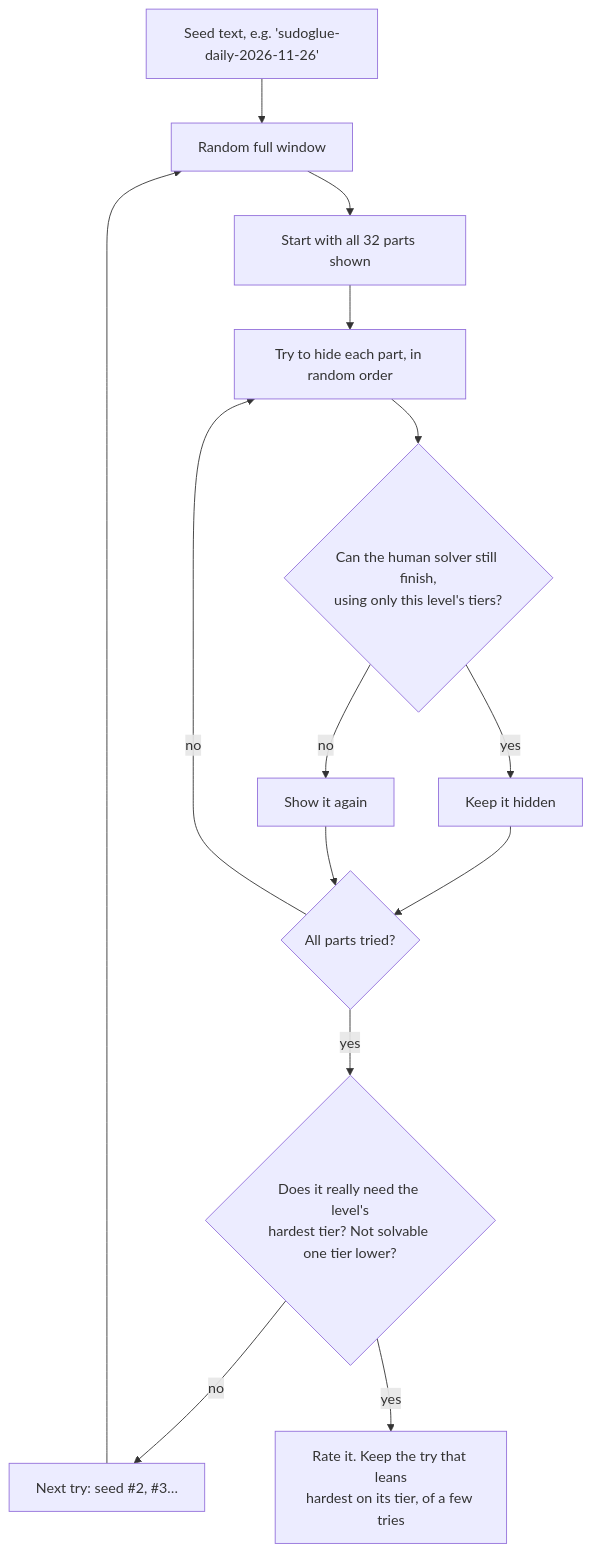
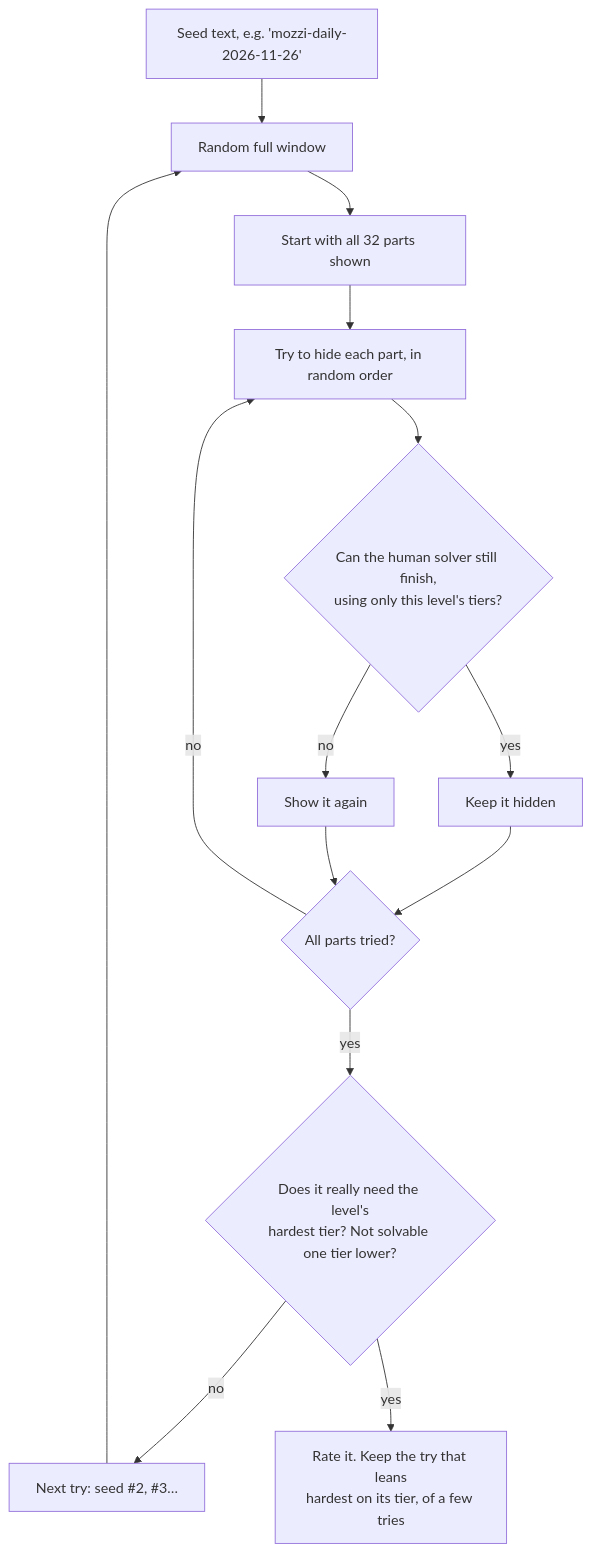
One commit to jermbo/Cosmic-Arcade changed the fourth of 5 diagrams in games/mozzi/README.md. Above: the diagram before and after it, drawn with Mermaid. The commit also changed other lines of this file and 6 other files, not shown here.

````diff
--- a/games/mozzi/README.md
+++ b/games/mozzi/README.md
@@ -124,14 +124,14 @@
 ```mermaid
 flowchart TD
-  A[Seed text, e.g. 'sudoglue-daily-2026-11-26'] --> B[Random full window]
+  A[Seed text, e.g. 'mozzi-daily-2026-11-26'] --> B[Random full window]
   B --> C[Start with all 32 parts shown]
   C --> D[Try to hide each part, in random order]
   D --> E{Can the human solver still finish,<br/>using only this level's tiers?}
   E -- yes --> F[Keep it hidden]
   E -- no --> G[Show it again]
   F & G --> H{All parts tried?}
   H -- no --> D
   H -- yes --> I{Does it really need the level's<br/>hardest tier? Not solvable one tier lower?}
   I -- no --> J[Next try: seed #2, #3…] --> B
   I -- yes --> K[Rate it. Keep the try that leans<br/>hardest on its tier, of a few tries]
 ```
````
